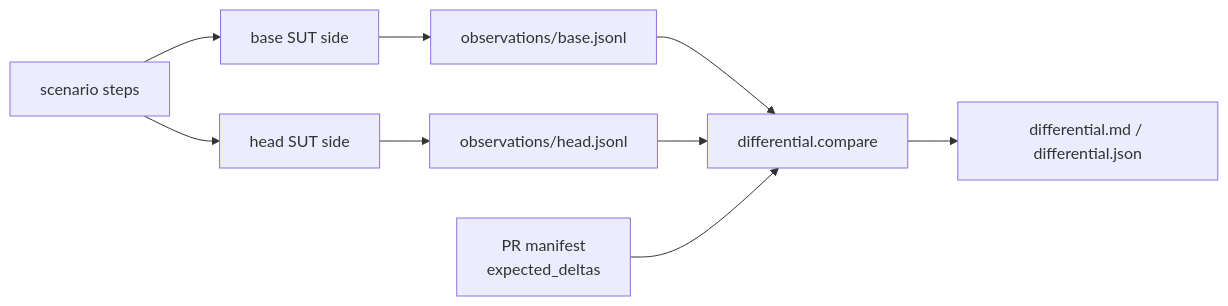
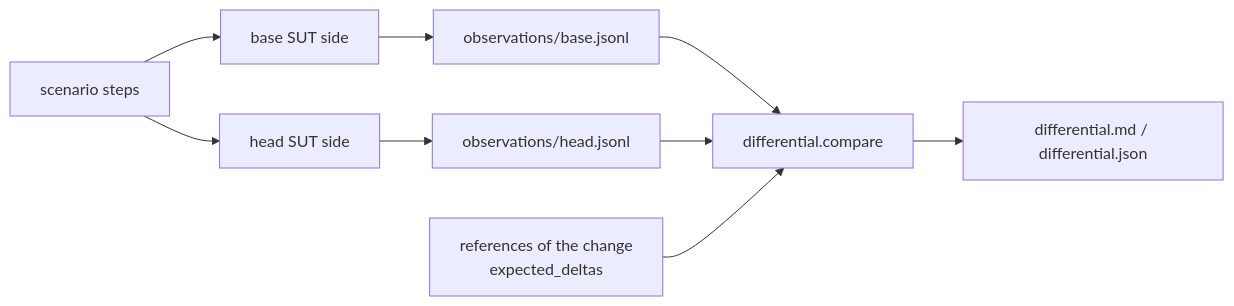
The fifth of 5 diagrams in docs/architecture.md (heurtematte/otterdog-e2e), drawn with Mermaid before and after one commit. The commit also changed other lines of this file and 103 other files, not shown here.

````diff
--- a/docs/architecture.md
+++ b/docs/architecture.md
@@ -288,11 +288,11 @@
 ```mermaid
 flowchart LR
   SC["scenario steps"] --> B["base SUT side"]
   SC --> HD["head SUT side"]
   B --> OB["observations/base.jsonl"]
   HD --> OH["observations/head.jsonl"]
   OB --> CMP["differential.compare"]
   OH --> CMP
-  MAN["PR manifest<br/>expected_deltas"] --> CMP
+  MAN["references of the change<br/>expected_deltas"] --> CMP
   CMP --> REP["differential.md / differential.json"]
 ```
````
